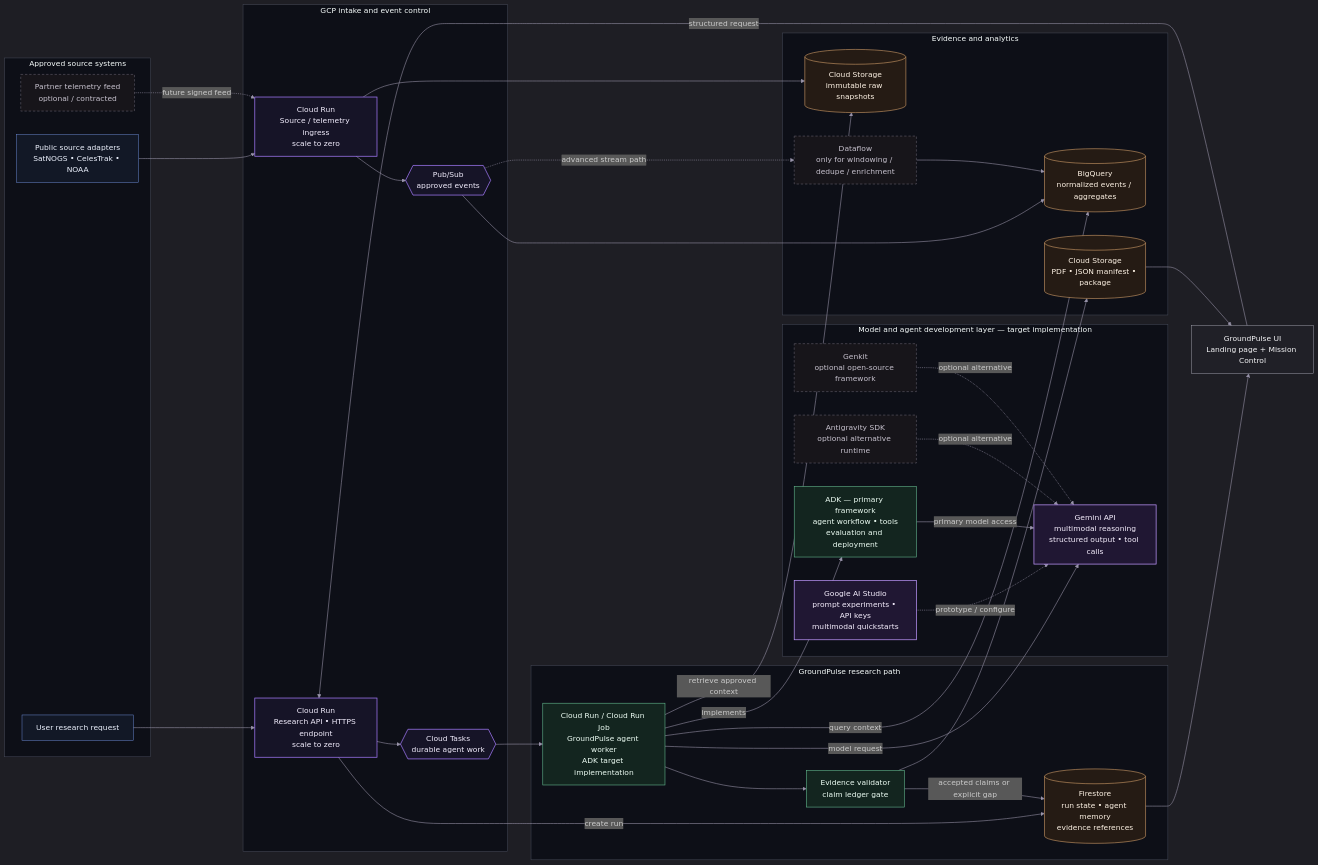
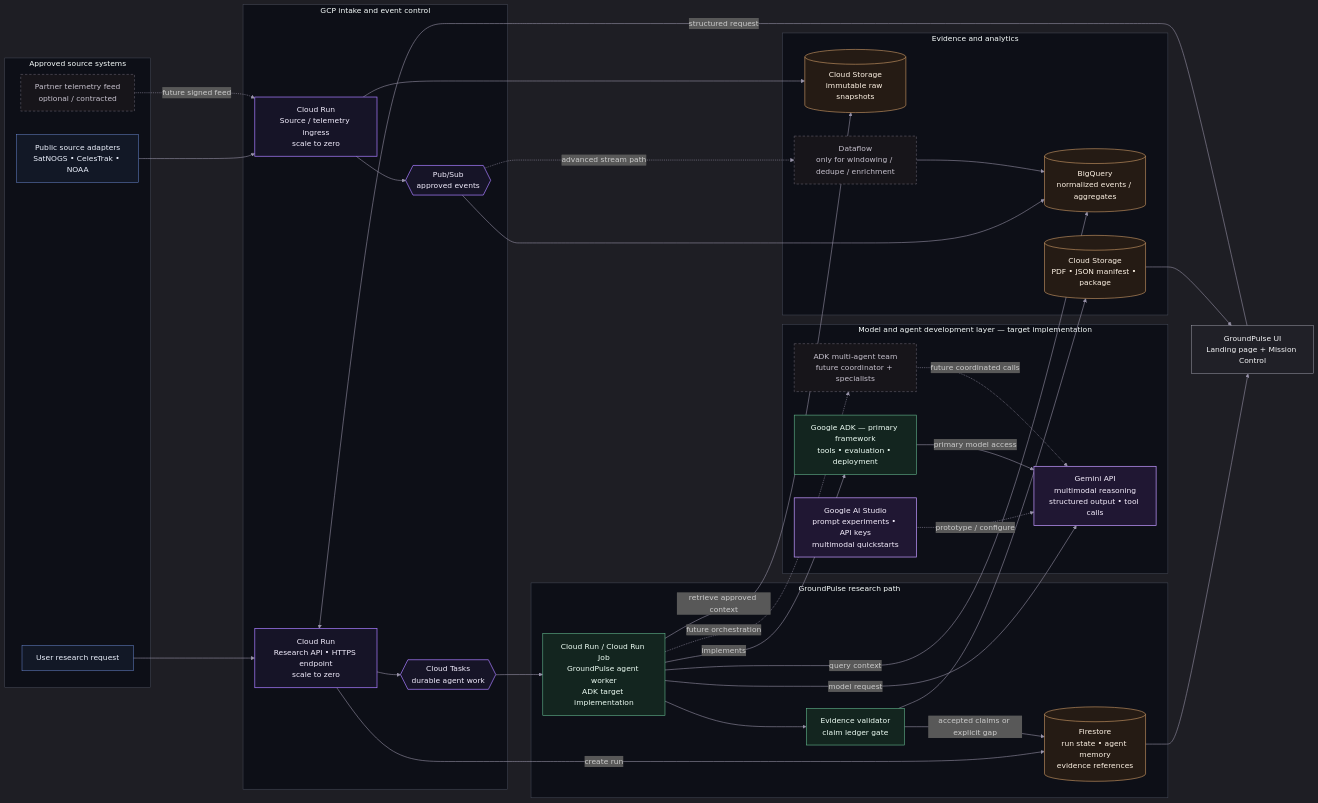
One commit to ousssamarahmani/Groundpulse-Research-Agent changed the diagram in docs/diagrams/gcp_integration_architecture.mmd. Above: the diagram before and after it, drawn with Mermaid. The commit also changed 5 other files, not shown here.

Commit message:
docs: make ADK the primary GroundPulse workflow

```diff
--- a/docs/diagrams/gcp_integration_architecture.mmd
+++ b/docs/diagrams/gcp_integration_architecture.mmd
@@ -1,73 +1,72 @@
 %%{init: {"theme":"dark","themeVariables":{"background":"#08090f","primaryColor":"#141727","primaryTextColor":"#f2f3f7","primaryBorderColor":"#9a9ea9","lineColor":"#9a9ea9","secondaryColor":"#171b28","tertiaryColor":"#0f1119","clusterBkg":"#0d0f17","clusterBorder":"#484d5b","fontFamily":"Arial"}}}%%
 flowchart LR
   classDef source fill:#121826,stroke:#6f8edb,color:#eef3ff,stroke-width:1px;
   classDef edge fill:#161427,stroke:#a77cff,color:#f4efff,stroke-width:1.5px;
   classDef model fill:#201733,stroke:#c098ff,color:#f7f0ff,stroke-width:1.5px;
   classDef compute fill:#13251f,stroke:#66bd92,color:#effff6,stroke-width:1.2px;
   classDef data fill:#251b14,stroke:#d8a36b,color:#fff4e6,stroke-width:1.2px;
   classDef control fill:#202027,stroke:#a4a4b0,color:#f5f5f7,stroke-width:1px;
   classDef optional fill:#17151a,stroke:#77717f,color:#c7c2ce,stroke-dasharray: 5 4;
 
   subgraph S[Approved source systems]
     U[User research request]:::source
     P[Public source adapters<br/>SatNOGS • CelesTrak • NOAA]:::source
     T[Partner telemetry feed<br/>optional / contracted]:::optional
   end
 
   subgraph I[GCP intake and event control]
     API[Cloud Run<br/>Research API • HTTPS endpoint<br/>scale to zero]:::edge
     ING[Cloud Run<br/>Source / telemetry ingress<br/>scale to zero]:::edge
     Q{{Cloud Tasks<br/>durable agent work}}:::edge
     BUS{{Pub/Sub<br/>approved events}}:::edge
   end
 
   subgraph M[Model and agent development layer — target implementation]
     AI[Google AI Studio<br/>prompt experiments • API keys<br/>multimodal quickstarts]:::model
     GEM[Gemini API<br/>multimodal reasoning<br/>structured output • tool calls]:::model
-    ADK[ADK — primary framework<br/>agent workflow • tools<br/>evaluation and deployment]:::compute
-    AG[Antigravity SDK<br/>optional alternative runtime]:::optional
-    GK[Genkit<br/>optional open-source framework]:::optional
+    ADK[Google ADK — primary framework<br/>tools • evaluation • deployment]:::compute
+    TEAM[ADK multi-agent team<br/>future coordinator + specialists]:::optional
   end
 
   subgraph A[GroundPulse research path]
     W[Cloud Run / Cloud Run Job<br/>GroundPulse agent worker<br/>ADK target implementation]:::compute
     V[Evidence validator<br/>claim ledger gate]:::compute
     FS[(Firestore<br/>run state • agent memory<br/>evidence references)]:::data
   end
 
   subgraph D[Evidence and analytics]
     RAW[(Cloud Storage<br/>immutable raw snapshots)]:::data
     FLOW[Dataflow<br/>only for windowing / dedupe / enrichment]:::optional
     BQ[(BigQuery<br/>normalized events / aggregates)]:::data
     ART[(Cloud Storage<br/>PDF • JSON manifest • package)]:::data
   end
 
   UI[GroundPulse UI<br/>Landing page + Mission Control]:::control
 
   UI -->|structured request| API
   U --> API
   API -->|create run| FS
   API --> Q
   Q --> W
   P --> ING
   T -. future signed feed .-> ING
   ING --> RAW
   ING --> BUS
   BUS --> BQ
   BUS -. advanced stream path .-> FLOW
   FLOW --> BQ
   AI -. prototype / configure .-> GEM
   ADK -->|primary model access| GEM
-  AG -. optional alternative .-> GEM
-  GK -. optional alternative .-> GEM
+  TEAM -. future coordinated calls .-> GEM
   W -->|implements| ADK
+  W -. future orchestration .-> TEAM
   W -->|model request| GEM
   W -->|retrieve approved context| RAW
   W -->|query context| BQ
   W --> V
   V -->|accepted claims or explicit gap| FS
   V --> ART
   FS --> UI
   ART --> UI
 
   linkStyle default stroke:#9994aa,stroke-width:1.2px;
```
